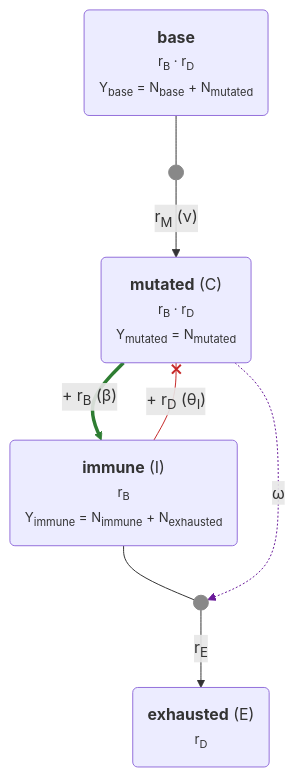
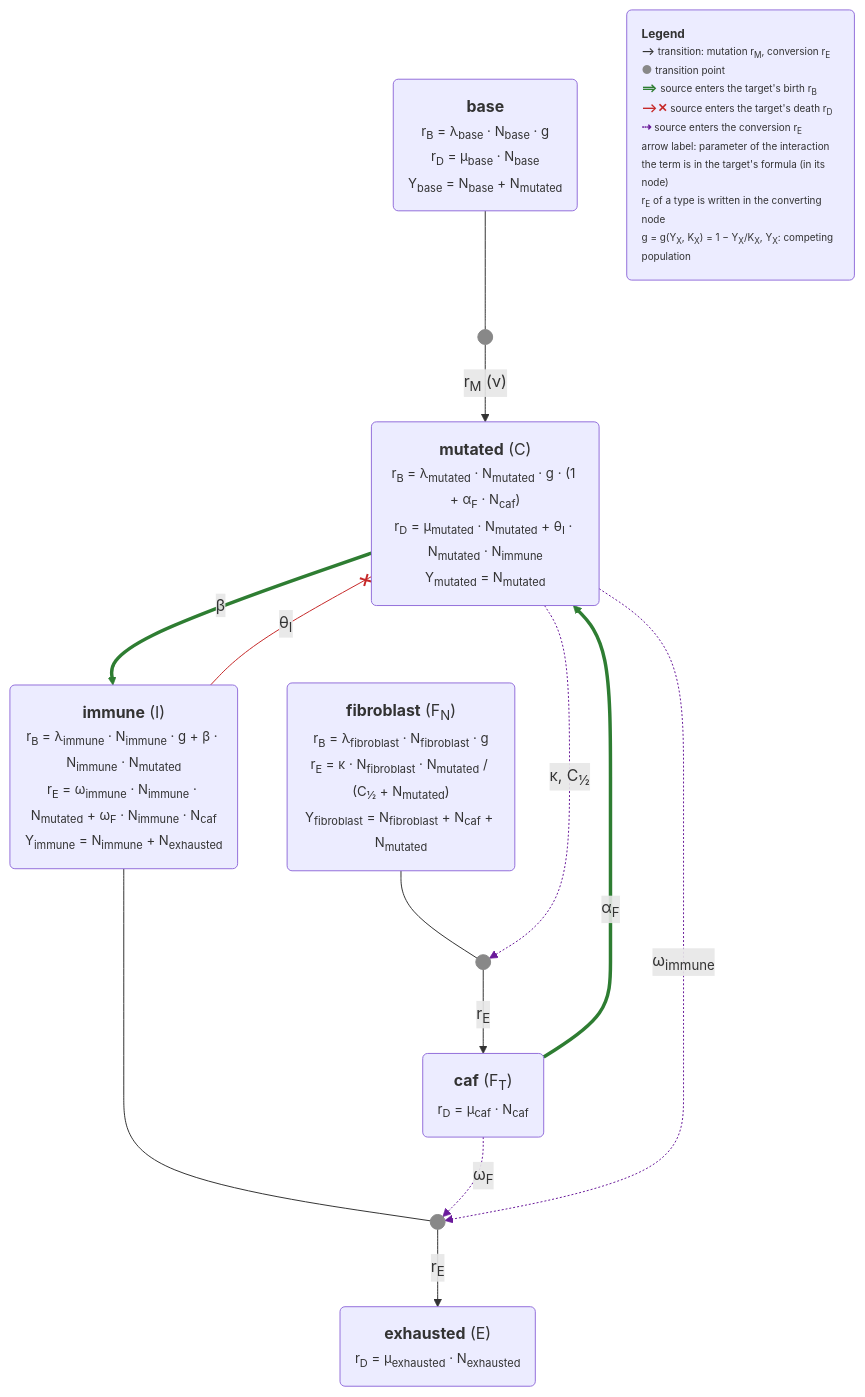
One commit to pujana-lab/stochastic_sim changed the diagram in docs/model_diagram.mmd. Above: the diagram before and after it, drawn with Mermaid. The commit also changed 15 other files, not shown here.

```diff
--- a/docs/model_diagram.mmd
+++ b/docs/model_diagram.mmd
@@ -1,22 +1,35 @@
 %% AUTO-GENERATED by scripts/model_diagram.py from src/gillespie/clone.py
 %% and simulation_config.py. Do not edit by hand: run `make diagram`.
 flowchart TB
-    base("<b>base</b><br/><small>r<sub>B</sub> · r<sub>D</sub></small><br/><small>Y<sub>base</sub> = N<sub>base</sub> + N<sub>mutated</sub></small>")
+    base("<b>base</b><br/><small>r<sub>B</sub> = λ<sub>base</sub> · N<sub>base</sub> · g</small><br/><small>r<sub>D</sub> = μ<sub>base</sub> · N<sub>base</sub></small><br/><small>Y<sub>base</sub> = N<sub>base</sub> + N<sub>mutated</sub></small>")
     mut_base(( ))
-    mutated("<b>mutated</b> (C)<br/><small>r<sub>B</sub> · r<sub>D</sub></small><br/><small>Y<sub>mutated</sub> = N<sub>mutated</sub></small>")
-    immune("<b>immune</b> (I)<br/><small>r<sub>B</sub></small><br/><small>Y<sub>immune</sub> = N<sub>immune</sub> + N<sub>exhausted</sub></small>")
+    mutated("<b>mutated</b> (C)<br/><small>r<sub>B</sub> = λ<sub>mutated</sub> · N<sub>mutated</sub> · g · (1 + α<sub>F</sub> · N<sub>caf</sub>)</small><br/><small>r<sub>D</sub> = μ<sub>mutated</sub> · N<sub>mutated</sub> + θ<sub>I</sub> · N<sub>mutated</sub> · N<sub>immune</sub></small><br/><small>Y<sub>mutated</sub> = N<sub>mutated</sub></small>")
+    immune("<b>immune</b> (I)<br/><small>r<sub>B</sub> = λ<sub>immune</sub> · N<sub>immune</sub> · g + β · N<sub>immune</sub> · N<sub>mutated</sub></small><br/><small>r<sub>E</sub> = ω<sub>immune</sub> · N<sub>immune</sub> · N<sub>mutated</sub> + ω<sub>F</sub> · N<sub>immune</sub> · N<sub>caf</sub></small><br/><small>Y<sub>immune</sub> = N<sub>immune</sub> + N<sub>exhausted</sub></small>")
     conv_immune(( ))
-    exhausted("<b>exhausted</b> (E)<br/><small>r<sub>D</sub></small>")
+    exhausted("<b>exhausted</b> (E)<br/><small>r<sub>D</sub> = μ<sub>exhausted</sub> · N<sub>exhausted</sub></small>")
+    fibroblast("<b>fibroblast</b> (F<sub>N</sub>)<br/><small>r<sub>B</sub> = λ<sub>fibroblast</sub> · N<sub>fibroblast</sub> · g</small><br/><small>r<sub>E</sub> = κ · N<sub>fibroblast</sub> · N<sub>mutated</sub> / (C<sub>½</sub> + N<sub>mutated</sub>)</small><br/><small>Y<sub>fibroblast</sub> = N<sub>fibroblast</sub> + N<sub>caf</sub> + N<sub>mutated</sub></small>")
+    conv_fibroblast(( ))
+    caf("<b>caf</b> (F<sub>T</sub>)<br/><small>r<sub>D</sub> = μ<sub>caf</sub> · N<sub>caf</sub></small>")
+    legend("<b>Legend</b><br/><small><b>⟶</b> transition: mutation r<sub>M</sub>, conversion r<sub>E</sub></small><br/><small><span style='color:#888'>●</span> transition point</small><br/><small><b><span style='color:#2e7d32'>⟹</span></b> source enters the target's birth r<sub>B</sub></small><br/><small><b><span style='color:#c62828'>⟶✕</span></b> source enters the target's death r<sub>D</sub></small><br/><small><b><span style='color:#6a1b9a'>⇢</span></b> source enters the conversion r<sub>E</sub></small><br/><small>arrow label: parameter of the interaction;</small><br/><small>the term is in the target's formula (in its node)</small><br/><small>r<sub>E</sub> of a type is written in the converting node</small><br/><small>g = g(Y<sub>X</sub>, K<sub>X</sub>) = 1 − Y<sub>X</sub>/K<sub>X</sub>, Y<sub>X</sub>: competing population</small>")
     base --- mut_base
     mut_base -->|"r<sub>M</sub> (ν)"| mutated
-    immune --x|"+ r<sub>D</sub> (θ<sub>I</sub>)"| mutated
+    caf ==>|"α<sub>F</sub>"| mutated
+    immune --x|"θ<sub>I</sub>"| mutated
     immune --- conv_immune
     conv_immune -->|"r<sub>E</sub>"| exhausted
-    mutated -.->|"ω"| conv_immune
-    mutated ==>|"+ r<sub>B</sub> (β)"| immune
+    caf -.->|"ω<sub>F</sub>"| conv_immune
+    mutated -.->|"ω<sub>immune</sub>"| conv_immune
+    mutated ==>|"β"| immune
+    fibroblast --- conv_fibroblast
+    conv_fibroblast -->|"r<sub>E</sub>"| caf
+    mutated -.->|"κ, C<sub>½</sub>"| conv_fibroblast
+    mutated ~~~ fibroblast
     classDef tr fill:#888,stroke:#888,color:#888,width:6px,height:6px
+    classDef lg text-align:left,font-size:12px
     class mut_base tr
     class conv_immune tr
-    linkStyle 6 stroke:#2e7d32
-    linkStyle 2 stroke:#c62828
-    linkStyle 5 stroke:#6a1b9a
+    class conv_fibroblast tr
+    class legend lg
+    linkStyle 2,8 stroke:#2e7d32
+    linkStyle 3 stroke:#c62828
+    linkStyle 6,7,11 stroke:#6a1b9a
```
